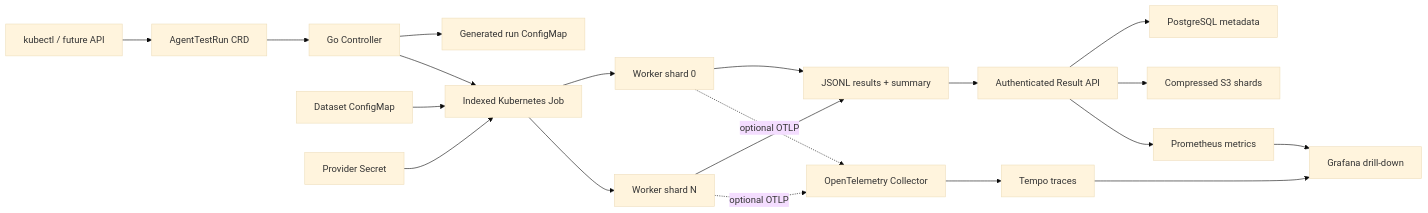
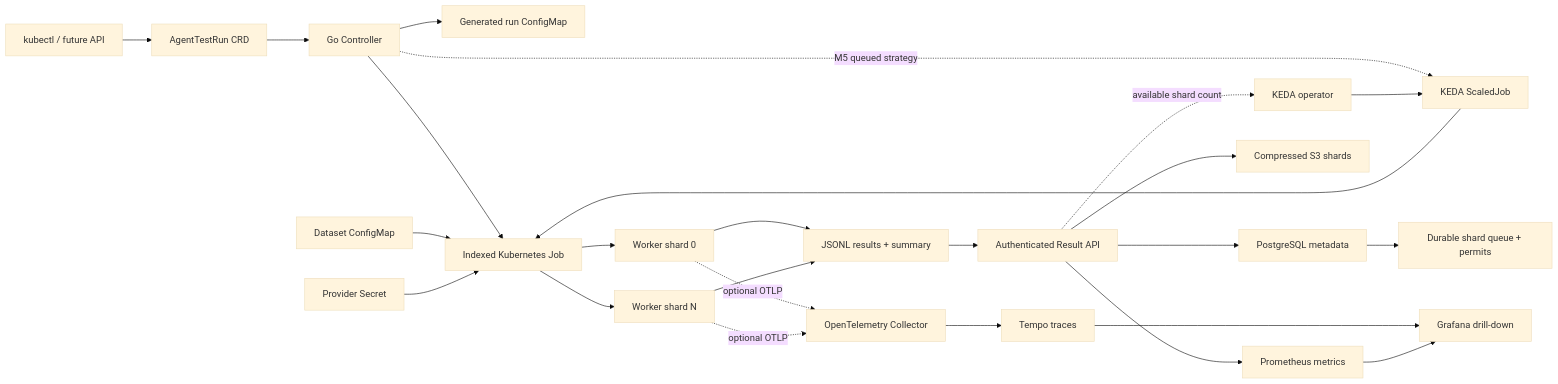
One commit to Alphasxd/AgentStorm changed the diagram in README.md. Above: the diagram before and after it, drawn with Mermaid (base theme). The commit also changed other lines of this file and 46 other files, not shown here.

````diff
--- a/README.md
+++ b/README.md
@@ -52,22 +53,27 @@
 ```mermaid
 flowchart LR
     User["kubectl / future API"] --> CR["AgentTestRun CRD"]
     CR --> Controller["Go Controller"]
     Controller --> Config["Generated run ConfigMap"]
     Controller --> Job["Indexed Kubernetes Job"]
+    Controller -. "M5 queued strategy" .-> ScaledJob["KEDA ScaledJob"]
+    KEDA["KEDA operator"] --> ScaledJob
+    ResultAPI -. "available shard count" .-> KEDA
+    ScaledJob --> Job
     Dataset["Dataset ConfigMap"] --> Job
     Secret["Provider Secret"] --> Job
     Job --> W1["Worker shard 0"]
     Job --> W2["Worker shard N"]
     W1 --> Result["JSONL results + summary"]
     W2 --> Result
     Result --> ResultAPI["Authenticated Result API"]
     ResultAPI --> PostgreSQL["PostgreSQL metadata"]
+    PostgreSQL --> Queue["Durable shard queue + permits"]
     ResultAPI --> ObjectStore["Compressed S3 shards"]
     W1 -. optional OTLP .-> Telemetry["OpenTelemetry Collector"]
     W2 -. optional OTLP .-> Telemetry
     Telemetry --> Tempo["Tempo traces"]
     ResultAPI --> Prometheus["Prometheus metrics"]
     Tempo --> Grafana["Grafana drill-down"]
     Prometheus --> Grafana
 ```
````
